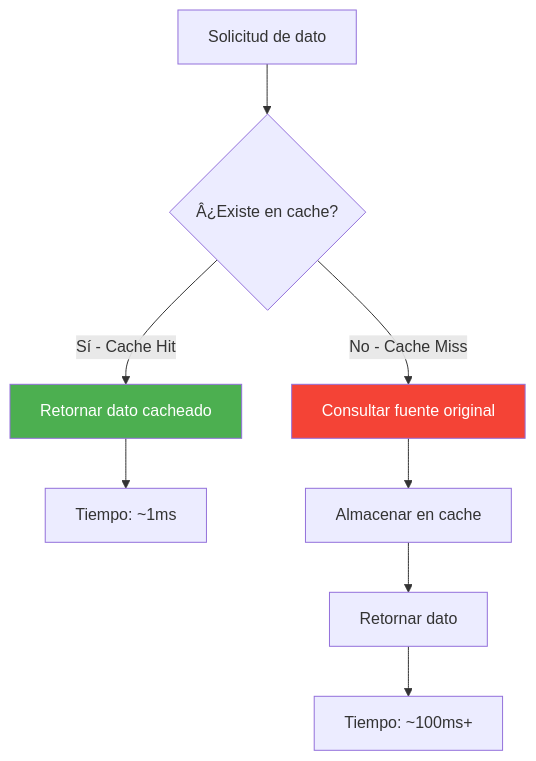
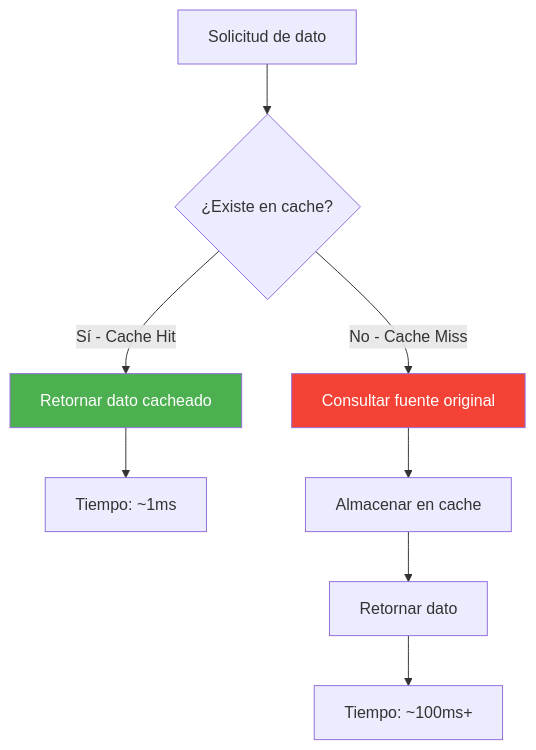
The first of 7 diagrams in doc/10-redis-caching.md (joseluisgs/TiendaDawApi-Cqrs-MediatR-NetCore), drawn with Mermaid before and after one commit. The commit also changed other lines of this file and 27 other files, not shown here.

````diff
--- a/doc/10-redis-caching.md
+++ b/doc/10-redis-caching.md
@@ -28,15 +28,15 @@
 ```mermaid
 flowchart TD
-    A["Solicitud de dato"] --> B{"Â¿Existe en cache?"}
+    A["Solicitud de dato"] --> B{"¿Existe en cache?"}
     
     B -->|Sí - Cache Hit| C["Retornar dato cacheado"]
     C --> D["Tiempo: ~1ms"]
     
     B -->|No - Cache Miss| E["Consultar fuente original"]
     E --> F["Almacenar en cache"]
     F --> G["Retornar dato"]
     G --> H["Tiempo: ~100ms+"]
     
     style C fill:#4CAF50,color:#ffffff
     style E fill:#F44336,color:#ffffff
 ```
````
